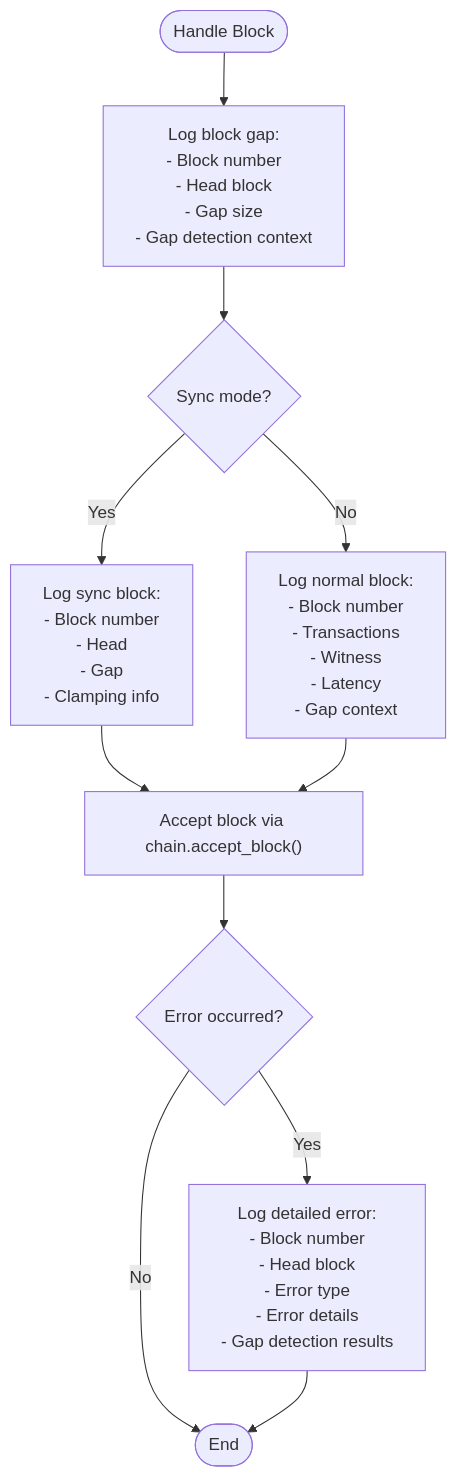
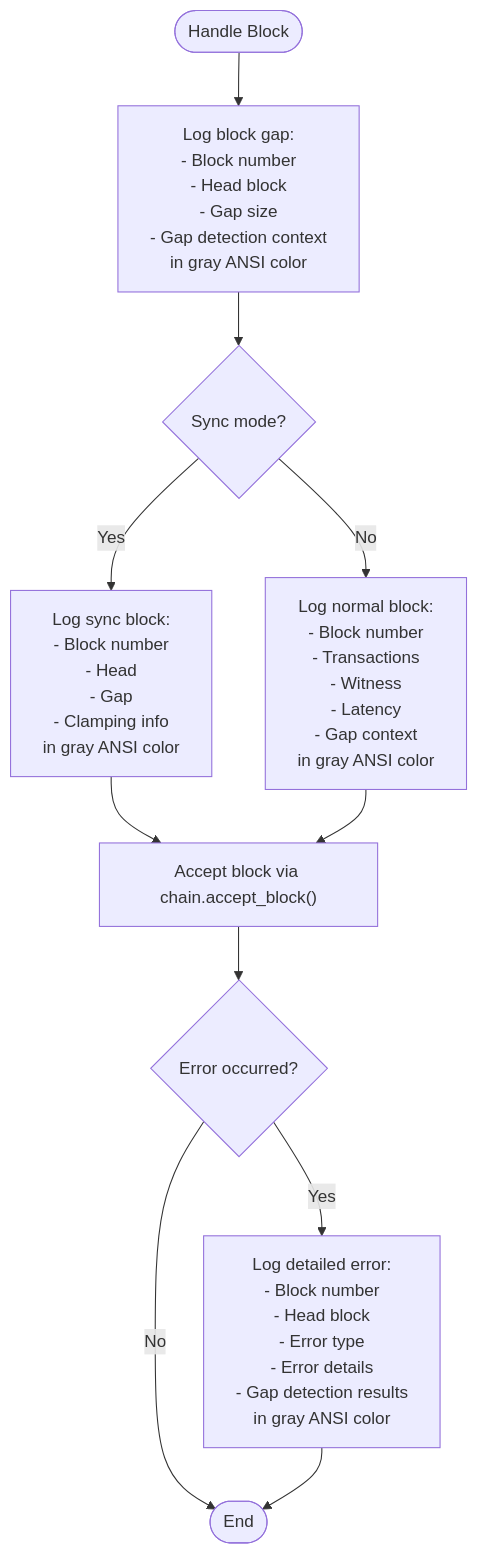
One commit to VIZ-Blockchain/viz-cpp-node changed diagram 22 of 36 in .qoder/repowiki/en/content/P2p Plugin.md. Above: the diagram before and after it, drawn with Mermaid. The commit also changed other lines of this file and 3 other files, not shown here.

````diff
--- a/.qoder/repowiki/en/content/P2p Plugin.md
+++ b/.qoder/repowiki/en/content/P2p Plugin.md
@@ -853,13 +868,13 @@
 ```mermaid
 flowchart TD
-Start([Handle Block]) --> LogGap["Log block gap:<br/>- Block number<br/>- Head block<br/>- Gap size<br/>- Gap detection context"]
+Start([Handle Block]) --> LogGap["Log block gap:<br/>- Block number<br/>- Head block<br/>- Gap size<br/>- Gap detection context<br/>in gray ANSI color"]
 LogGap --> CheckSyncMode{"Sync mode?"}
-CheckSyncMode --> |Yes| LogSync["Log sync block:<br/>- Block number<br/>- Head<br/>- Gap<br/>- Clamping info"]
-CheckSyncMode --> |No| LogNormal["Log normal block:<br/>- Block number<br/>- Transactions<br/>- Witness<br/>- Latency<br/>- Gap context"]
+CheckSyncMode --> |Yes| LogSync["Log sync block:<br/>- Block number<br/>- Head<br/>- Gap<br/>- Clamping info<br/>in gray ANSI color"]
+CheckSyncMode --> |No| LogNormal["Log normal block:<br/>- Block number<br/>- Transactions<br/>- Witness<br/>- Latency<br/>- Gap context<br/>in gray ANSI color"]
 LogSync --> AcceptBlock["Accept block via chain.accept_block()"]
 LogNormal --> AcceptBlock
 AcceptBlock --> HandleErrors{"Error occurred?"}
 HandleErrors --> |No| End([End])
-HandleErrors --> |Yes| LogError["Log detailed error:<br/>- Block number<br/>- Head block<br/>- Error type<br/>- Error details<br/>- Gap detection results"]
+HandleErrors --> |Yes| LogError["Log detailed error:<br/>- Block number<br/>- Head block<br/>- Error type<br/>- Error details<br/>- Gap detection results<br/>in gray ANSI color"]
 LogError --> End
 ```
````
